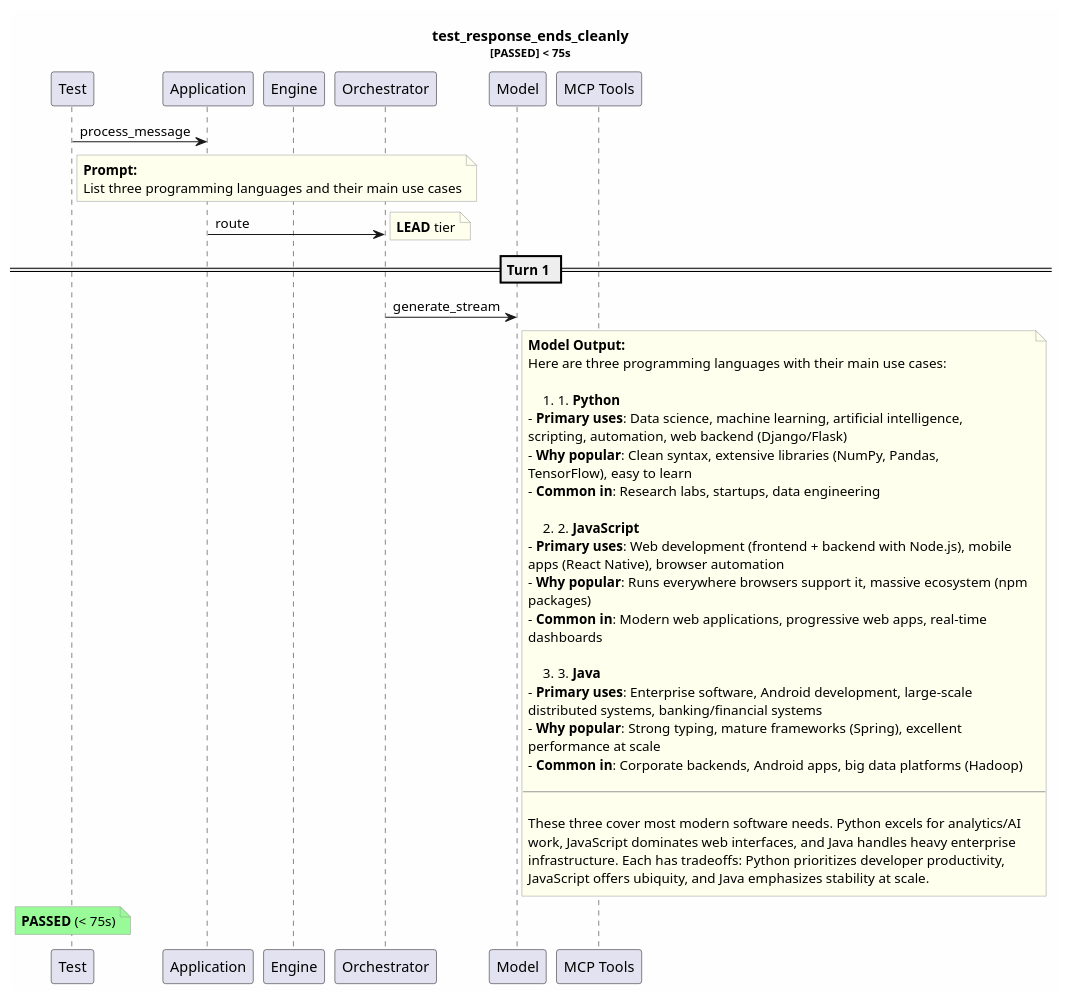
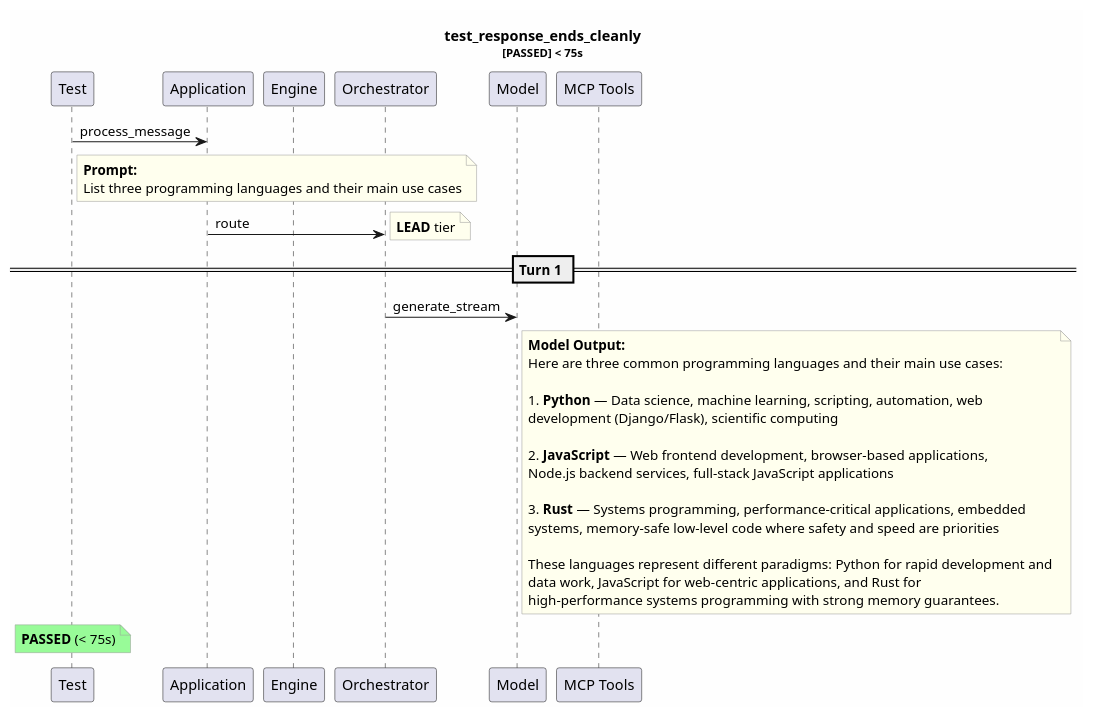
The diagram in test-reports/logs/test_response_ends_cleanly/test_response_ends_cleanly.puml (tvanfossen/entropic), drawn with PlantUML before and after one commit. The commit also changed 85 other files, not shown here.

```diff
--- a/test-reports/logs/test_response_ends_cleanly/test_response_ends_cleanly.puml
+++ b/test-reports/logs/test_response_ends_cleanly/test_response_ends_cleanly.puml
@@ -1,60 +1,44 @@
 @startuml
 skinparam backgroundColor #FEFEFE
 skinparam noteBorderColor #999999
 skinparam noteBackgroundColor #FFFFEE
 title test_response_ends_cleanly\n<size:11>[PASSED] < 75s</size>
 
 participant "Test" as T
 participant "Application" as App
 participant "Engine" as Eng
 participant "Orchestrator" as Orch
 participant "Model" as Mdl
 participant "MCP Tools" as MCP
 
 T -> App: process_message
 note right of T
   **Prompt:**
   List three programming languages and their main use cases
 end note
 App -> Orch: route
 note right: **LEAD** tier
 == Turn 1 ==
 Orch -> Mdl: generate_stream
 note right of Mdl
   **Model Output:**
-  Here are three programming languages with their main use cases:
+  Here are three common programming languages and their main use cases:
   
-  ## 1. **Python**
-  - **Primary uses**: Data science, machine learning, artificial intelligence, 
-  scripting, automation, web backend (Django/Flask)
-  - **Why popular**: Clean syntax, extensive libraries (NumPy, Pandas, 
-  TensorFlow), easy to learn
-  - **Common in**: Research labs, startups, data engineering
+  1. **Python** — Data science, machine learning, scripting, automation, web 
+  development (Django/Flask), scientific computing
   
-  ## 2. **JavaScript**
-  - **Primary uses**: Web development (frontend + backend with Node.js), mobile 
-  apps (React Native), browser automation
-  - **Why popular**: Runs everywhere browsers support it, massive ecosystem (npm 
-  packages)
-  - **Common in**: Modern web applications, progressive web apps, real-time 
-  dashboards
+  2. **JavaScript** — Web frontend development, browser-based applications, 
+  Node.js backend services, full-stack JavaScript applications
   
-  ## 3. **Java**
-  - **Primary uses**: Enterprise software, Android development, large-scale 
-  distributed systems, banking/financial systems
-  - **Why popular**: Strong typing, mature frameworks (Spring), excellent 
-  performance at scale
-  - **Common in**: Corporate backends, Android apps, big data platforms (Hadoop)
+  3. **Rust** — Systems programming, performance-critical applications, embedded 
+  systems, memory-safe low-level code where safety and speed are priorities
   
-  ---
-  
-  These three cover most modern software needs. Python excels for analytics/AI 
-  work, JavaScript dominates web interfaces, and Java handles heavy enterprise 
-  infrastructure. Each has tradeoffs: Python prioritizes developer productivity, 
-  JavaScript offers ubiquity, and Java emphasizes stability at scale.
+  These languages represent different paradigms: Python for rapid development and 
+  data work, JavaScript for web-centric applications, and Rust for 
+  high-performance systems programming with strong memory guarantees.
 end note
 note over T #palegreen
   **PASSED** (< 75s)
 end note
 
 @enduml
```
